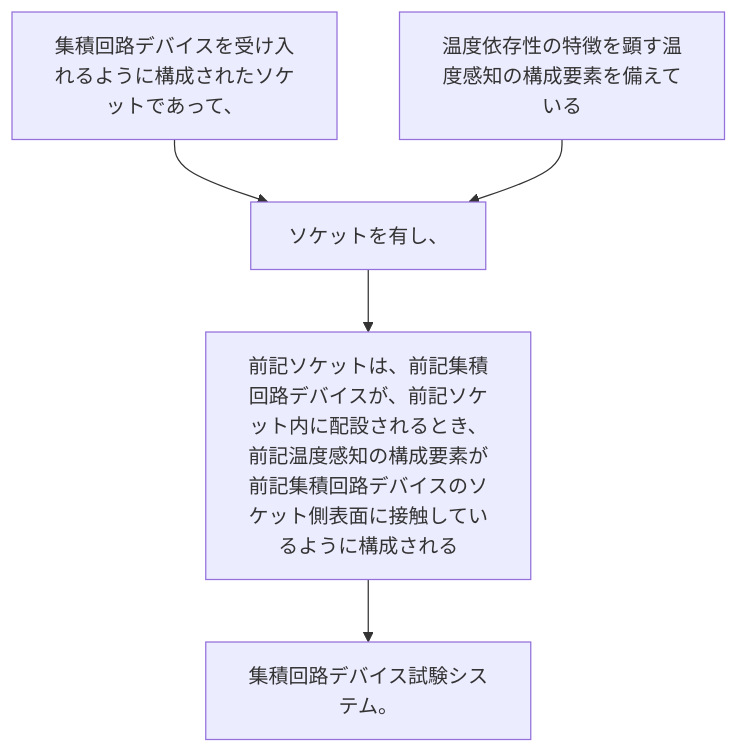
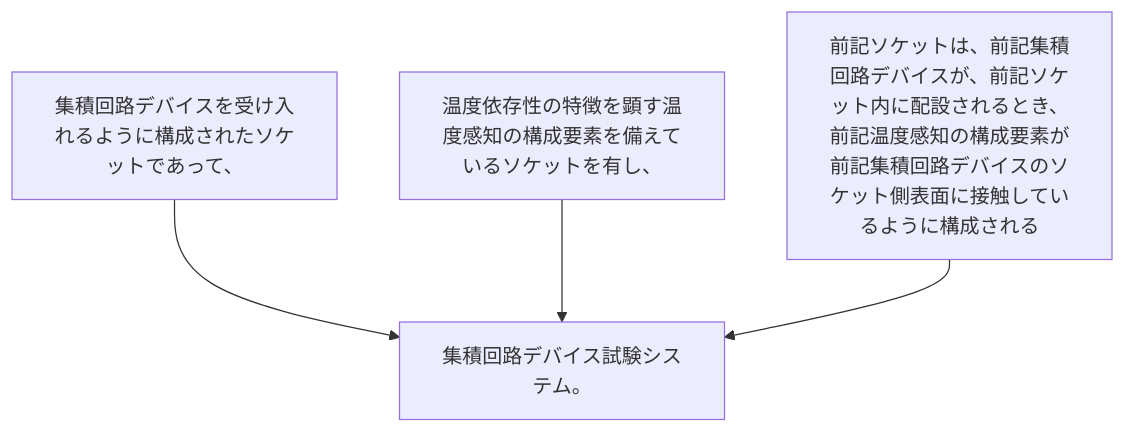
The diagram in 2024/JP2024023283A/claim_24/README.md (shinmori55/patent_analyzed), drawn with Mermaid before and after one commit. The commit also changed 336 other files, not shown here.

````diff
--- a/2024/JP2024023283A/claim_24/README.md
+++ b/2024/JP2024023283A/claim_24/README.md
@@ -2,12 +2,10 @@
 ```mermaid
 flowchart TD
 A[集積回路デバイスを受け入れるように構成されたソケットであって、]
-B[温度依存性の特徴を顕す温度感知の構成要素を備えている]
-C[ソケットを有し、]
-D[前記ソケットは、前記集積回路デバイスが、前記ソケット内に配設されるとき、前記温度感知の構成要素が前記集積回路デバイスのソケット側表面に接触しているように構成される]
-E[集積回路デバイス試験システム。]
-A --> C
-B --> C
+B[温度依存性の特徴を顕す温度感知の構成要素を備えているソケットを有し、]
+C[前記ソケットは、前記集積回路デバイスが、前記ソケット内に配設されるとき、前記温度感知の構成要素が前記集積回路デバイスのソケット側表面に接触しているように構成される]
+D[集積回路デバイス試験システム。]
+A --> D
+B --> D
 C --> D
-D --> E
 ```
````
